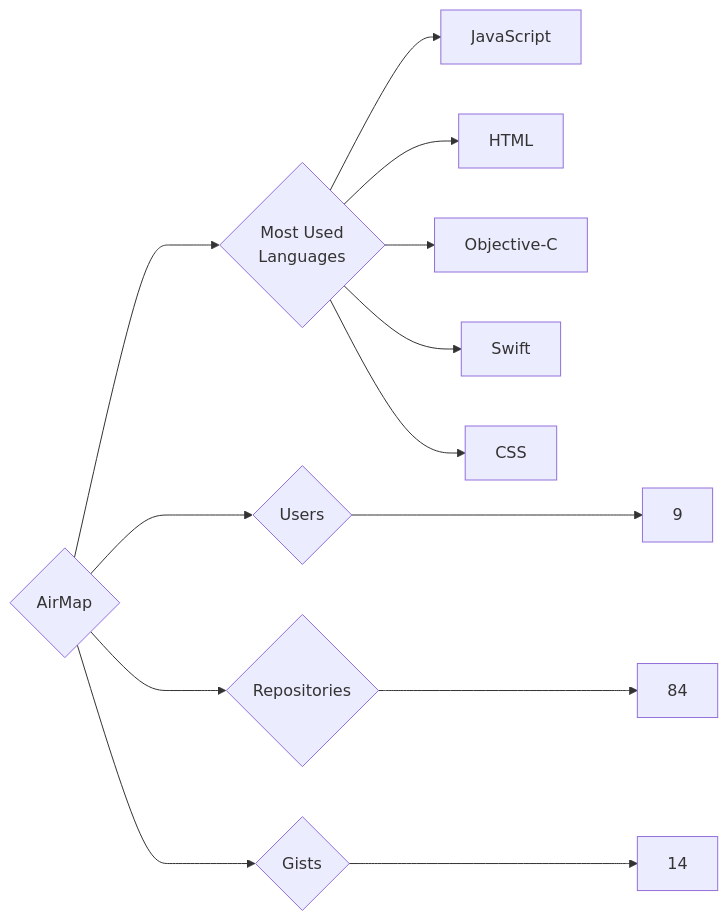
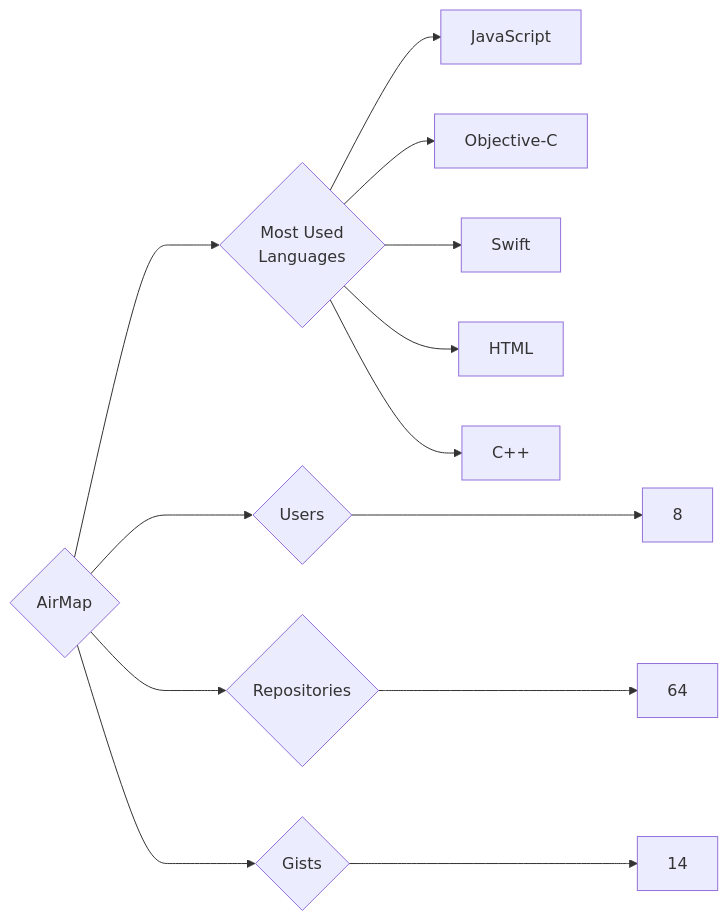
Before and after one commit to trickest/insiders: the diagram in targets/AirMap/README.md, drawn with Mermaid. The commit also changed 1088 other files, not shown here.

````diff
--- a/targets/AirMap/README.md
+++ b/targets/AirMap/README.md
@@ -3,13 +3,13 @@
 ```mermaid
 graph LR
 COMPANY_NAME{AirMap}
-COMPANY_NAME ---> U{Users} ---> UN[9]
-COMPANY_NAME ---> R{Repositories} ---> RN[84]
+COMPANY_NAME ---> U{Users} ---> UN[8]
+COMPANY_NAME ---> R{Repositories} ---> RN[64]
 COMPANY_NAME ---> G{Gists} ---> GN[14]
 COMPANY_NAME ---> ML{Most Used<br>Languages}
 ML --> JavaScript[JavaScript]
-ML --> HTML[HTML]
 ML --> Objective-C[Objective-C]
 ML --> Swift[Swift]
-ML --> CSS[CSS]
+ML --> HTML[HTML]
+ML --> C++[C++]
 ```
````
